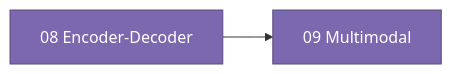
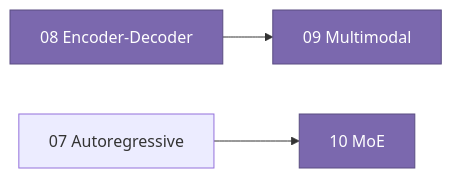
The third of 3 diagrams in README.md (prashantkul/learn-generative-ai), drawn with Mermaid before and after one commit. The commit also changed other lines of this file and 3 other files, not shown here.

````diff
--- a/README.md
+++ b/README.md
@@ -75,6 +76,7 @@
 ```mermaid
 graph LR
     ED[08 Encoder-Decoder] --> MM[09 Multimodal]
+    AR[07 Autoregressive] --> MOE[10 MoE]
     classDef phase3 fill:#7B68AE,stroke:#5A4D82,color:#fff
-    class ED,MM phase3
+    class ED,MM,MOE phase3
 ```
````
